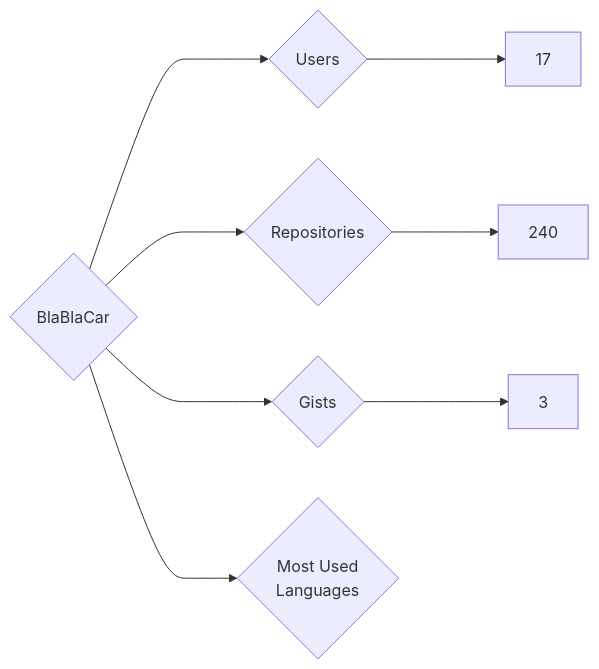
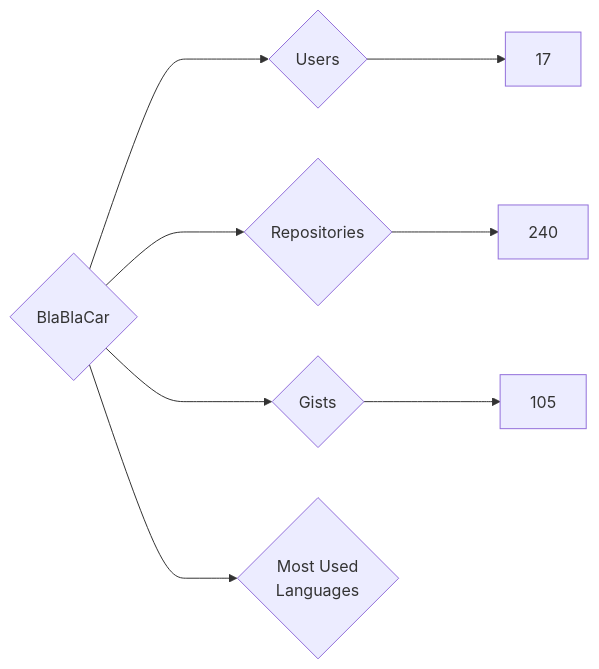
Before and after one commit to nenadzaric/insiders: the diagram in targets/BlaBlaCar/README.md, drawn with Mermaid. The commit also changed 1342 other files, not shown here.

````diff
--- a/targets/BlaBlaCar/README.md
+++ b/targets/BlaBlaCar/README.md
@@ -3,8 +3,8 @@
 ```mermaid
 graph LR
 COMPANY_NAME{BlaBlaCar}
 COMPANY_NAME ---> U{Users} ---> UN[17]
 COMPANY_NAME ---> R{Repositories} ---> RN[240]
-COMPANY_NAME ---> G{Gists} ---> GN[3]
+COMPANY_NAME ---> G{Gists} ---> GN[105]
 COMPANY_NAME ---> ML{Most Used<br>Languages}
 ```
````
